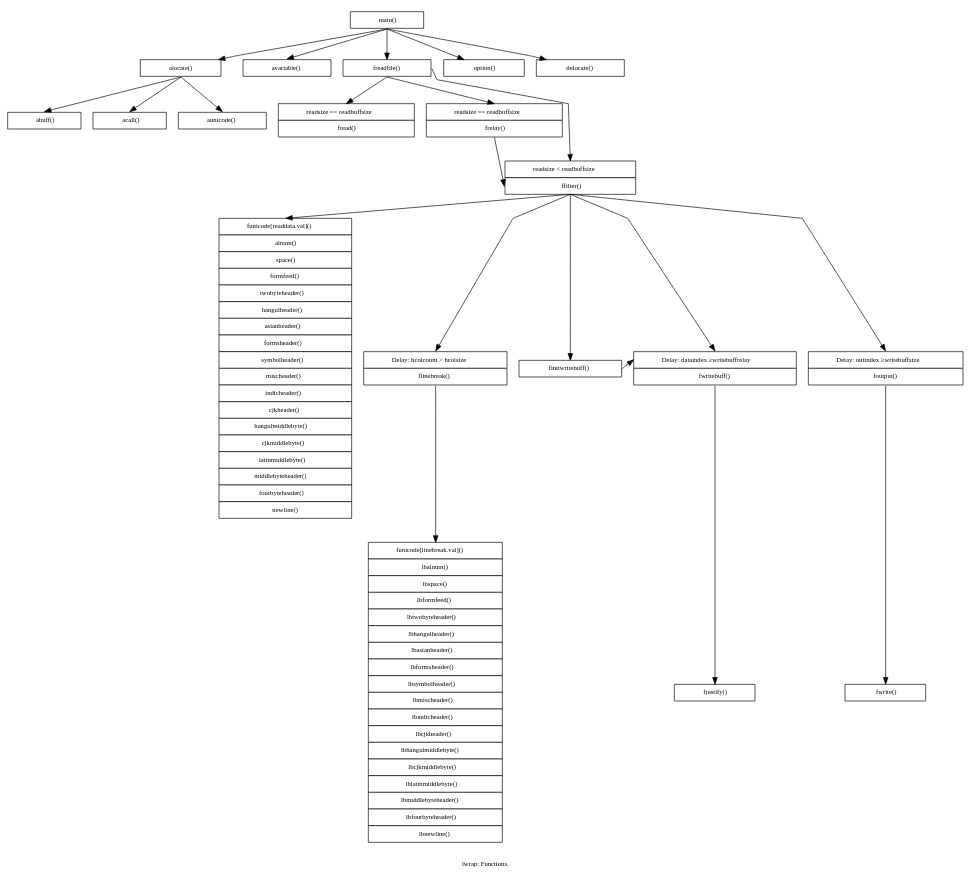
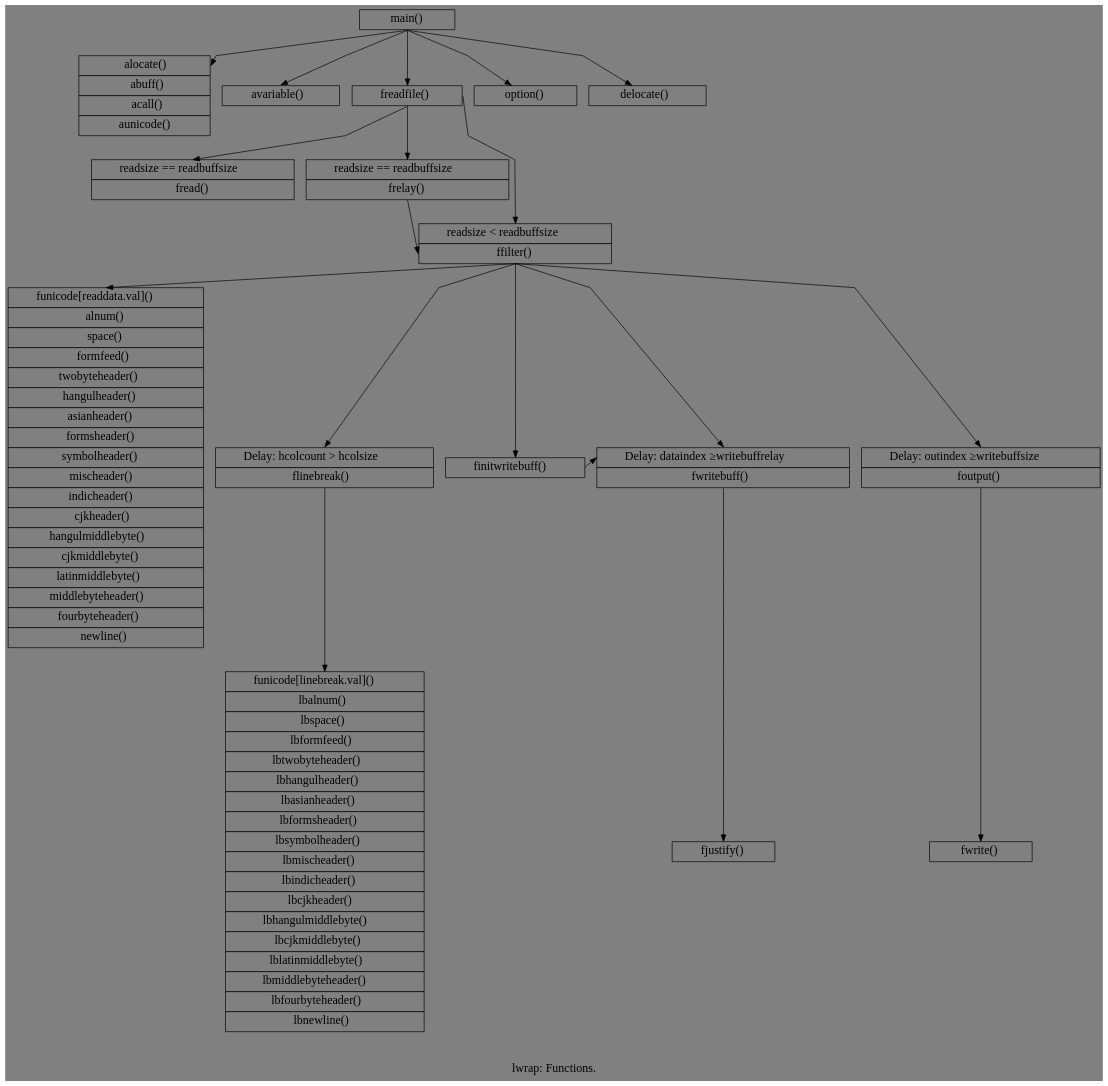
Before and after one commit to netcrop/lwrap: the diagram in src/functions.gv, drawn with Graphviz. The commit also changed 9 other files, not shown here.

```diff
--- a/src/functions.gv
+++ b/src/functions.gv
@@ -1,5 +1,6 @@
 digraph ports {
 //	ranksep=1; size="40,40";
+    bgcolor="gray"
   { rank=same; n0}
   { rank=same; n1 n18 n3 n2 n4}
   { rank=same; n5 n6}
@@ -10,26 +11,41 @@
 	<TABLE BORDER="0" CELLBORDER="1"
 	 CELLSPACING="0" CELLPADDING="4">
    <TR>
-      <TD PORT="1" BGCOLOR="white" COLSPAN="11">
-        <FONT POINT-SIZE="10">main()</FONT>
+      <TD PORT="1" BGCOLOR="gray" COLSPAN="11">
+        <FONT POINT-SIZE="18">main()</FONT>
       </TD>
 		</TR>
   </TABLE>>];
 	n1 [shape=none,margin=0,label=<
 	<TABLE BORDER="0" CELLBORDER="1"
 	 CELLSPACING="0" CELLPADDING="4">
-   <TR>
-      <TD PORT="1" BGCOLOR="white" COLSPAN="11">
-        <FONT POINT-SIZE="10">alocate()</FONT>
-      </TD>
-		</TR>
+    <TR>
+        <TD PORT="1" BGCOLOR="gray" COLSPAN="11">
+            <FONT POINT-SIZE="18">alocate()</FONT>
+        </TD>
+    </TR>
+    <TR>
+        <TD PORT="1" BGCOLOR="gray" COLSPAN="11">
+            <FONT POINT-SIZE="18">abuff()</FONT>
+        </TD>
+    </TR>
+    <TR>
+        <TD PORT="1" BGCOLOR="gray" COLSPAN="11">
+            <FONT POINT-SIZE="18">acall()</FONT>
+        </TD>
+    </TR>
+    <TR>
+        <TD PORT="1" BGCOLOR="gray" COLSPAN="11">
+            <FONT POINT-SIZE="18">aunicode()</FONT>
+        </TD>
+    </TR>
   </TABLE>>];
   n2 [shape=none,margin=0,label=<
 	<TABLE BORDER="0" CELLBORDER="1"
 	 CELLSPACING="0" CELLPADDING="4">
    <TR>
-      <TD PORT="1" BGCOLOR="white" COLSPAN="11">
-        <FONT POINT-SIZE="10">option()</FONT>
+      <TD PORT="1" BGCOLOR="gray" COLSPAN="11">
+        <FONT POINT-SIZE="18">option()</FONT>
       </TD>
 		</TR>
   </TABLE>>];
@@ -37,8 +53,8 @@
 	<TABLE BORDER="0" CELLBORDER="1"
 	 CELLSPACING="0" CELLPADDING="4">
    <TR>
-      <TD PORT="1" BGCOLOR="white" COLSPAN="11">
-        <FONT POINT-SIZE="10">freadfile()</FONT>
+      <TD PORT="1" BGCOLOR="gray" COLSPAN="11">
+        <FONT POINT-SIZE="18">freadfile()</FONT>
       </TD>
 		</TR>
   </TABLE>>];
@@ -46,8 +62,8 @@
 	<TABLE BORDER="0" CELLBORDER="1"
 	 CELLSPACING="0" CELLPADDING="4">
    <TR>
-      <TD PORT="1" BGCOLOR="white" COLSPAN="11">
-        <FONT POINT-SIZE="10">delocate()</FONT>
+      <TD PORT="1" BGCOLOR="gray" COLSPAN="11">
+        <FONT POINT-SIZE="18">delocate()</FONT>
       </TD>
 		</TR>
   </TABLE>>];
@@ -55,13 +71,13 @@
 	<TABLE BORDER="0" CELLBORDER="1"
 	 CELLSPACING="0" CELLPADDING="4">
    <TR>
-      <TD PORT="1" BGCOLOR="white" COLSPAN="11">
-        <FONT POINT-SIZE="10">readsize == readbuffsize</FONT>
+      <TD PORT="1" BGCOLOR="gray" COLSPAN="11">
+        <FONT POINT-SIZE="18">readsize == readbuffsize</FONT>
       </TD>
 		</TR>
    <TR>
-      <TD PORT="2" BGCOLOR="white" COLSPAN="11">
-        <FONT POINT-SIZE="10">fread()</FONT>
+      <TD PORT="2" BGCOLOR="gray" COLSPAN="11">
+        <FONT POINT-SIZE="18">fread()</FONT>
       </TD>
 		</TR>
   </TABLE>>];
@@ -69,13 +85,13 @@
 	<TABLE BORDER="0" CELLBORDER="1"
 	 CELLSPACING="0" CELLPADDING="4">
    <TR>
-      <TD PORT="1" BGCOLOR="white" COLSPAN="11">
-        <FONT POINT-SIZE="10">readsize == readbuffsize</FONT>
+      <TD PORT="1" BGCOLOR="gray" COLSPAN="11">
+        <FONT POINT-SIZE="18">readsize == readbuffsize</FONT>
       </TD>
 		</TR>
    <TR>
-      <TD PORT="2" BGCOLOR="white" COLSPAN="11">
-        <FONT POINT-SIZE="10">frelay()</FONT>
+      <TD PORT="2" BGCOLOR="gray" COLSPAN="11">
+        <FONT POINT-SIZE="18">frelay()</FONT>
       </TD>
 		</TR>
   </TABLE>>];
@@ -83,13 +99,13 @@
 	<TABLE BORDER="0" CELLBORDER="1"
 	 CELLSPACING="0" CELLPADDING="4">
    <TR>
-      <TD PORT="1" BGCOLOR="white" COLSPAN="11">
-        <FONT POINT-SIZE="10">readsize &lt; readbuffsize</FONT>
+      <TD PORT="1" BGCOLOR="gray" COLSPAN="11">
+        <FONT POINT-SIZE="18">readsize &lt; readbuffsize</FONT>
       </TD>
 		</TR>
    <TR>
-      <TD PORT="3" BGCOLOR="white" COLSPAN="11">
-        <FONT POINT-SIZE="10">ffilter()</FONT>
+      <TD PORT="3" BGCOLOR="gray" COLSPAN="11">
+        <FONT POINT-SIZE="18">ffilter()</FONT>
       </TD>
 		</TR>
   </TABLE>>];
@@ -97,93 +113,93 @@
 	<TABLE BORDER="0" CELLBORDER="1"
 	 CELLSPACING="0" CELLPADDING="4">
    <TR>
-      <TD PORT="1" BGCOLOR="white" COLSPAN="11">
-        <FONT POINT-SIZE="10">funicode[readdata.val]()</FONT>
+      <TD PORT="1" BGCOLOR="gray" COLSPAN="11">
+        <FONT POINT-SIZE="18">funicode[readdata.val]()</FONT>
       </TD>
 		</TR>
    <TR>
-      <TD PORT="1" BGCOLOR="white" COLSPAN="11">
-        <FONT POINT-SIZE="10">alnum()</FONT>
+      <TD PORT="1" BGCOLOR="gray" COLSPAN="11">
+        <FONT POINT-SIZE="18">alnum()</FONT>
       </TD>
 		</TR>
    <TR>
-      <TD PORT="1" BGCOLOR="white" COLSPAN="11">
-        <FONT POINT-SIZE="10">space()</FONT>
+      <TD PORT="1" BGCOLOR="gray" COLSPAN="11">
+        <FONT POINT-SIZE="18">space()</FONT>
       </TD>
 	 </TR>
    <TR>
-      <TD PORT="1" BGCOLOR="white" COLSPAN="11">
-        <FONT POINT-SIZE="10">formfeed()</FONT>
+      <TD PORT="1" BGCOLOR="gray" COLSPAN="11">
+        <FONT POINT-SIZE="18">formfeed()</FONT>
       </TD>
 		</TR>
   <TR>
-      <TD PORT="1" BGCOLOR="white" COLSPAN="11">
-        <FONT POINT-SIZE="10">twobyteheader()</FONT>
+      <TD PORT="1" BGCOLOR="gray" COLSPAN="11">
+        <FONT POINT-SIZE="18">twobyteheader()</FONT>
       </TD>
 		</TR>
    <TR>
-      <TD PORT="1" BGCOLOR="white" COLSPAN="11">
-        <FONT POINT-SIZE="10">hangulheader()</FONT>
+      <TD PORT="1" BGCOLOR="gray" COLSPAN="11">
+        <FONT POINT-SIZE="18">hangulheader()</FONT>
       </TD>
 		</TR>
    <TR>
-      <TD PORT="1" BGCOLOR="white" COLSPAN="11">
-        <FONT POINT-SIZE="10">asianheader()</FONT>
+      <TD PORT="1" BGCOLOR="gray" COLSPAN="11">
+        <FONT POINT-SIZE="18">asianheader()</FONT>
       </TD>
 		</TR>
    <TR>
-      <TD PORT="1" BGCOLOR="white" COLSPAN="11">
-        <FONT POINT-SIZE="10">formsheader()</FONT>
+      <TD PORT="1" BGCOLOR="gray" COLSPAN="11">
+        <FONT POINT-SIZE="18">formsheader()</FONT>
       </TD>
 		</TR>
    <TR>
-      <TD PORT="1" BGCOLOR="white" COLSPAN="11">
-        <FONT POINT-SIZE="10">symbolheader()</FONT>
+      <TD PORT="1" BGCOLOR="gray" COLSPAN="11">
+        <FONT POINT-SIZE="18">symbolheader()</FONT>
       </TD>
 		</TR>
    <TR>
-      <TD PORT="1" BGCOLOR="white" COLSPAN="11">
-        <FONT POINT-SIZE="10">mischeader()</FONT>
+      <TD PORT="1" BGCOLOR="gray" COLSPAN="11">
+        <FONT POINT-SIZE="18">mischeader()</FONT>
       </TD>
 		</TR>
    <TR>
-      <TD PORT="1" BGCOLOR="white" COLSPAN="11">
-        <FONT POINT-SIZE="10">indicheader()</FONT>
+      <TD PORT="1" BGCOLOR="gray" COLSPAN="11">
+        <FONT POINT-SIZE="18">indicheader()</FONT>
       </TD>
 		</TR>
    <TR>
-      <TD PORT="1" BGCOLOR="white" COLSPAN="11">
-        <FONT POINT-SIZE="10">cjkheader()</FONT>
+      <TD PORT="1" BGCOLOR="gray" COLSPAN="11">
+        <FONT POINT-SIZE="18">cjkheader()</FONT>
       </TD>
 		</TR>
    <TR>
-      <TD PORT="1" BGCOLOR="white" COLSPAN="11">
-        <FONT POINT-SIZE="10">hangulmiddlebyte()</FONT>
+      <TD PORT="1" BGCOLOR="gray" COLSPAN="11">
+        <FONT POINT-SIZE="18">hangulmiddlebyte()</FONT>
       </TD>
 		</TR>
    <TR>
-      <TD PORT="1" BGCOLOR="white" COLSPAN="11">
-        <FONT POINT-SIZE="10">cjkmiddlebyte()</FONT>
+      <TD PORT="1" BGCOLOR="gray" COLSPAN="11">
+        <FONT POINT-SIZE="18">cjkmiddlebyte()</FONT>
       </TD>
 		</TR>
    <TR>
-      <TD PORT="1" BGCOLOR="white" COLSPAN="11">
-        <FONT POINT-SIZE="10">latinmiddlebyte()</FONT>
+      <TD PORT="1" BGCOLOR="gray" COLSPAN="11">
+        <FONT POINT-SIZE="18">latinmiddlebyte()</FONT>
       </TD>
 		</TR>
    <TR>
-      <TD PORT="1" BGCOLOR="white" COLSPAN="11">
-        <FONT POINT-SIZE="10">middlebyteheader()</FONT>
+      <TD PORT="1" BGCOLOR="gray" COLSPAN="11">
+        <FONT POINT-SIZE="18">middlebyteheader()</FONT>
       </TD>
 		</TR>
    <TR>
-      <TD PORT="1" BGCOLOR="white" COLSPAN="11">
-        <FONT POINT-SIZE="10">fourbyteheader()</FONT>
+      <TD PORT="1" BGCOLOR="gray" COLSPAN="11">
+        <FONT POINT-SIZE="18">fourbyteheader()</FONT>
       </TD>
 		</TR>
     <TR>
-      <TD PORT="1" BGCOLOR="white" COLSPAN="11">
-        <FONT POINT-SIZE="10">newline()</FONT>
+      <TD PORT="1" BGCOLOR="gray" COLSPAN="11">
+        <FONT POINT-SIZE="18">newline()</FONT>
       </TD>
 		</TR>
   </TABLE>>];
@@ -191,13 +207,13 @@
 	<TABLE BORDER="0" CELLBORDER="1"
 	 CELLSPACING="0" CELLPADDING="4">
    <TR>
-      <TD PORT="1" BGCOLOR="white" COLSPAN="11">
-        <FONT POINT-SIZE="10">Delay: hcolcount &gt; hcolsize</FONT>
+      <TD PORT="1" BGCOLOR="gray" COLSPAN="11">
+        <FONT POINT-SIZE="18">Delay: hcolcount &gt; hcolsize</FONT>
       </TD>
 		</TR>
    <TR>
-      <TD PORT="2" BGCOLOR="white" COLSPAN="11">
-        <FONT POINT-SIZE="10">flinebreak()</FONT>
+      <TD PORT="2" BGCOLOR="gray" COLSPAN="11">
+        <FONT POINT-SIZE="18">flinebreak()</FONT>
       </TD>
 		</TR>
   </TABLE>>];
@@ -205,8 +221,8 @@
 	<TABLE BORDER="0" CELLBORDER="1"
 	 CELLSPACING="0" CELLPADDING="4">
    <TR>
-      <TD PORT="1" BGCOLOR="white" COLSPAN="11">
-        <FONT POINT-SIZE="10">finitwritebuff()</FONT>
+      <TD PORT="1" BGCOLOR="gray" COLSPAN="11">
+        <FONT POINT-SIZE="18">finitwritebuff()</FONT>
       </TD>
 		</TR>
   </TABLE>>];
@@ -214,13 +230,13 @@
 	<TABLE BORDER="0" CELLBORDER="1"
 	 CELLSPACING="0" CELLPADDING="4">
    <TR>
-      <TD PORT="1" BGCOLOR="white" COLSPAN="11">
-        <FONT POINT-SIZE="10">Delay: dataindex &ge;writebuffrelay</FONT>
+      <TD PORT="1" BGCOLOR="gray" COLSPAN="11">
+        <FONT POINT-SIZE="18">Delay: dataindex &ge;writebuffrelay</FONT>
       </TD>
 		</TR>
    <TR>
-      <TD PORT="2" BGCOLOR="white" COLSPAN="11">
-        <FONT POINT-SIZE="10">fwritebuff()</FONT>
+      <TD PORT="2" BGCOLOR="gray" COLSPAN="11">
+        <FONT POINT-SIZE="18">fwritebuff()</FONT>
       </TD>
 		</TR>
   </TABLE>>];
@@ -228,13 +244,13 @@
 	<TABLE BORDER="0" CELLBORDER="1"
 	 CELLSPACING="0" CELLPADDING="4">
    <TR>
-      <TD PORT="1" BGCOLOR="white" COLSPAN="11">
-        <FONT POINT-SIZE="10">Delay: outindex &ge;writebuffsize</FONT>
+      <TD PORT="1" BGCOLOR="gray" COLSPAN="11">
+        <FONT POINT-SIZE="18">Delay: outindex &ge;writebuffsize</FONT>
       </TD>
 		</TR>
    <TR>
-      <TD PORT="2" BGCOLOR="white" COLSPAN="11">
-        <FONT POINT-SIZE="10">foutput()</FONT>
+      <TD PORT="2" BGCOLOR="gray" COLSPAN="11">
+        <FONT POINT-SIZE="18">foutput()</FONT>
       </TD>
 		</TR>
   </TABLE>>];
@@ -242,35 +258,8 @@
 	<TABLE BORDER="0" CELLBORDER="1"
 	 CELLSPACING="0" CELLPADDING="4">
    <TR>
-      <TD PORT="1" BGCOLOR="white" COLSPAN="11">
-        <FONT POINT-SIZE="10">fwrite()</FONT>
-      </TD>
-		</TR>
-  </TABLE>>];
-    n15 [shape=none,margin=0,label=<
-	<TABLE BORDER="0" CELLBORDER="1"
-	 CELLSPACING="0" CELLPADDING="4">
-   <TR>
-      <TD PORT="1" BGCOLOR="white" COLSPAN="11">
-        <FONT POINT-SIZE="10">abuff()</FONT>
-      </TD>
-		</TR>
-  </TABLE>>];
-    n16 [shape=none,margin=0,label=<
-	<TABLE BORDER="0" CELLBORDER="1"
-	 CELLSPACING="0" CELLPADDING="4">
-   <TR>
-      <TD PORT="1" BGCOLOR="white" COLSPAN="11">
-        <FONT POINT-SIZE="10">acall()</FONT>
-      </TD>
-		</TR>
-  </TABLE>>];
-    n17 [shape=none,margin=0,label=<
-	<TABLE BORDER="0" CELLBORDER="1"
-	 CELLSPACING="0" CELLPADDING="4">
-   <TR>
-      <TD PORT="1" BGCOLOR="white" COLSPAN="11">
-        <FONT POINT-SIZE="10">aunicode()</FONT>
+      <TD PORT="1" BGCOLOR="gray" COLSPAN="11">
+        <FONT POINT-SIZE="18">fwrite()</FONT>
       </TD>
 		</TR>
   </TABLE>>];
@@ -278,8 +267,8 @@
 	<TABLE BORDER="0" CELLBORDER="1"
 	 CELLSPACING="0" CELLPADDING="4">
    <TR>
-      <TD PORT="1" BGCOLOR="white" COLSPAN="11">
-        <FONT POINT-SIZE="10">avariable()</FONT>
+      <TD PORT="1" BGCOLOR="gray" COLSPAN="11">
+        <FONT POINT-SIZE="18">avariable()</FONT>
       </TD>
 		</TR>
   </TABLE>>];
@@ -287,8 +276,8 @@
 	<TABLE BORDER="0" CELLBORDER="1"
 	 CELLSPACING="0" CELLPADDING="4">
    <TR>
-      <TD PORT="1" BGCOLOR="white" COLSPAN="11">
-        <FONT POINT-SIZE="10">fjustify()</FONT>
+      <TD PORT="1" BGCOLOR="gray" COLSPAN="11">
+        <FONT POINT-SIZE="18">fjustify()</FONT>
       </TD>
 		</TR>
   </TABLE>>];
@@ -296,93 +285,93 @@
 	<TABLE BORDER="0" CELLBORDER="1"
 	 CELLSPACING="0" CELLPADDING="4">
    <TR>
-      <TD PORT="1" BGCOLOR="white" COLSPAN="11">
-        <FONT POINT-SIZE="10">funicode[linebreak.val]()</FONT>
+      <TD PORT="1" BGCOLOR="gray" COLSPAN="11">
+        <FONT POINT-SIZE="18">funicode[linebreak.val]()</FONT>
       </TD>
 		</TR>
    <TR>
-      <TD PORT="1" BGCOLOR="white" COLSPAN="11">
-        <FONT POINT-SIZE="10">lbalnum()</FONT>
+      <TD PORT="1" BGCOLOR="gray" COLSPAN="11">
+        <FONT POINT-SIZE="18">lbalnum()</FONT>
       </TD>
 		</TR>
    <TR>
-      <TD PORT="1" BGCOLOR="white" COLSPAN="11">
-        <FONT POINT-SIZE="10">lbspace()</FONT>
+      <TD PORT="1" BGCOLOR="gray" COLSPAN="11">
+        <FONT POINT-SIZE="18">lbspace()</FONT>
       </TD>
 	 </TR>
    <TR>
-      <TD PORT="1" BGCOLOR="white" COLSPAN="11">
-        <FONT POINT-SIZE="10">lbformfeed()</FONT>
+      <TD PORT="1" BGCOLOR="gray" COLSPAN="11">
+        <FONT POINT-SIZE="18">lbformfeed()</FONT>
       </TD>
 		</TR>
   <TR>
-      <TD PORT="1" BGCOLOR="white" COLSPAN="11">
-        <FONT POINT-SIZE="10">lbtwobyteheader()</FONT>
+      <TD PORT="1" BGCOLOR="gray" COLSPAN="11">
+        <FONT POINT-SIZE="18">lbtwobyteheader()</FONT>
       </TD>
 		</TR>
    <TR>
-      <TD PORT="1" BGCOLOR="white" COLSPAN="11">
-        <FONT POINT-SIZE="10">lbhangulheader()</FONT>
+      <TD PORT="1" BGCOLOR="gray" COLSPAN="11">
+        <FONT POINT-SIZE="18">lbhangulheader()</FONT>
       </TD>
 		</TR>
    <TR>
-      <TD PORT="1" BGCOLOR="white" COLSPAN="11">
-        <FONT POINT-SIZE="10">lbasianheader()</FONT>
+      <TD PORT="1" BGCOLOR="gray" COLSPAN="11">
+        <FONT POINT-SIZE="18">lbasianheader()</FONT>
       </TD>
 		</TR>
    <TR>
-      <TD PORT="1" BGCOLOR="white" COLSPAN="11">
-        <FONT POINT-SIZE="10">lbformsheader()</FONT>
+      <TD PORT="1" BGCOLOR="gray" COLSPAN="11">
+        <FONT POINT-SIZE="18">lbformsheader()</FONT>
       </TD>
 		</TR>
    <TR>
-      <TD PORT="1" BGCOLOR="white" COLSPAN="11">
-        <FONT POINT-SIZE="10">lbsymbolheader()</FONT>
+      <TD PORT="1" BGCOLOR="gray" COLSPAN="11">
+        <FONT POINT-SIZE="18">lbsymbolheader()</FONT>
       </TD>
 		</TR>
    <TR>
-      <TD PORT="1" BGCOLOR="white" COLSPAN="11">
-        <FONT POINT-SIZE="10">lbmischeader()</FONT>
+      <TD PORT="1" BGCOLOR="gray" COLSPAN="11">
+        <FONT POINT-SIZE="18">lbmischeader()</FONT>
       </TD>
 		</TR>
    <TR>
-      <TD PORT="1" BGCOLOR="white" COLSPAN="11">
-        <FONT POINT-SIZE="10">lbindicheader()</FONT>
+      <TD PORT="1" BGCOLOR="gray" COLSPAN="11">
+        <FONT POINT-SIZE="18">lbindicheader()</FONT>
       </TD>
 		</TR>
    <TR>
-      <TD PORT="1" BGCOLOR="white" COLSPAN="11">
-        <FONT POINT-SIZE="10">lbcjkheader()</FONT>
+      <TD PORT="1" BGCOLOR="gray" COLSPAN="11">
+        <FONT POINT-SIZE="18">lbcjkheader()</FONT>
       </TD>
 		</TR>
    <TR>
-      <TD PORT="1" BGCOLOR="white" COLSPAN="11">
-        <FONT POINT-SIZE="10">lbhangulmiddlebyte()</FONT>
+      <TD PORT="1" BGCOLOR="gray" COLSPAN="11">
+        <FONT POINT-SIZE="18">lbhangulmiddlebyte()</FONT>
       </TD>
 		</TR>
    <TR>
-      <TD PORT="1" BGCOLOR="white" COLSPAN="11">
-        <FONT POINT-SIZE="10">lbcjkmiddlebyte()</FONT>
+      <TD PORT="1" BGCOLOR="gray" COLSPAN="11">
+        <FONT POINT-SIZE="18">lbcjkmiddlebyte()</FONT>
       </TD>
 		</TR>
    <TR>
-      <TD PORT="1" BGCOLOR="white" COLSPAN="11">
-        <FONT POINT-SIZE="10">lblatinmiddlebyte()</FONT>
+      <TD PORT="1" BGCOLOR="gray" COLSPAN="11">
+        <FONT POINT-SIZE="18">lblatinmiddlebyte()</FONT>
       </TD>
 		</TR>
    <TR>
-      <TD PORT="1" BGCOLOR="white" COLSPAN="11">
-        <FONT POINT-SIZE="10">lbmiddlebyteheader()</FONT>
+      <TD PORT="1" BGCOLOR="gray" COLSPAN="11">
+        <FONT POINT-SIZE="18">lbmiddlebyteheader()</FONT>
       </TD>
 		</TR>
    <TR>
-      <TD PORT="1" BGCOLOR="white" COLSPAN="11">
-        <FONT POINT-SIZE="10">lbfourbyteheader()</FONT>
+      <TD PORT="1" BGCOLOR="gray" COLSPAN="11">
+        <FONT POINT-SIZE="18">lbfourbyteheader()</FONT>
       </TD>
 		</TR>
     <TR>
-      <TD PORT="1" BGCOLOR="white" COLSPAN="11">
-        <FONT POINT-SIZE="10">lbnewline()</FONT>
+      <TD PORT="1" BGCOLOR="gray" COLSPAN="11">
+        <FONT POINT-SIZE="18">lbnewline()</FONT>
       </TD>
 		</TR>
   </TABLE>>];
@@ -391,9 +380,6 @@
   n0:1:s->n1:1;
   n0:1:s->n3:1;
   n0:1:s->n4:1;
-  n1:1:s->n15:1:n;
-  n1:1:s->n16:1:n;
-  n1:1:s->n17:1:n;
   n3:1:s->n5:1:n;
   n3:1:s->n6:1:n;
   n3:1:e->n8:1:n;
@@ -408,5 +394,5 @@
   n12:2:s->n19:1;
   n13:2:s->n14:1;
 	label = "\n\nlwrap: Functions.";
-	fontsize=10;
+	fontsize=18;
 }
```
